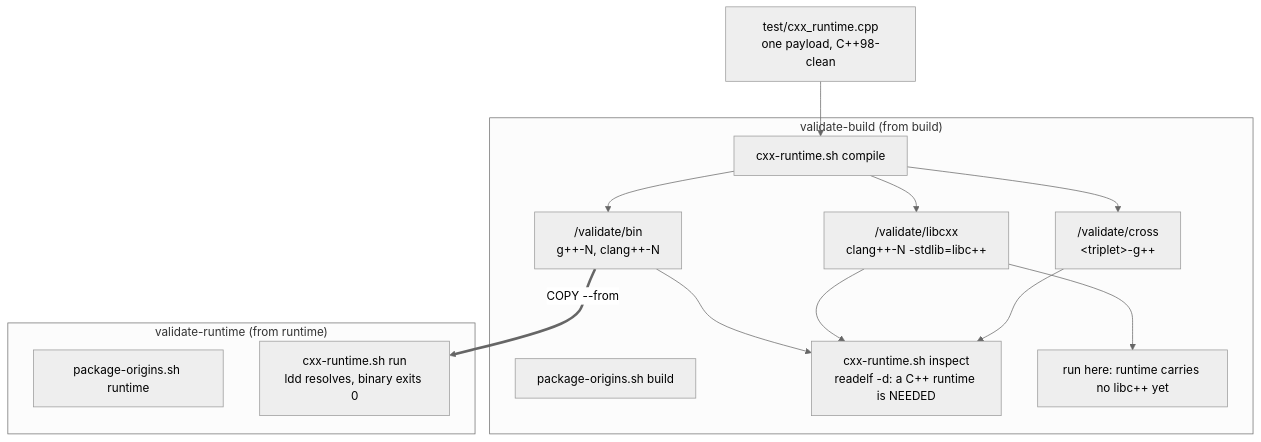
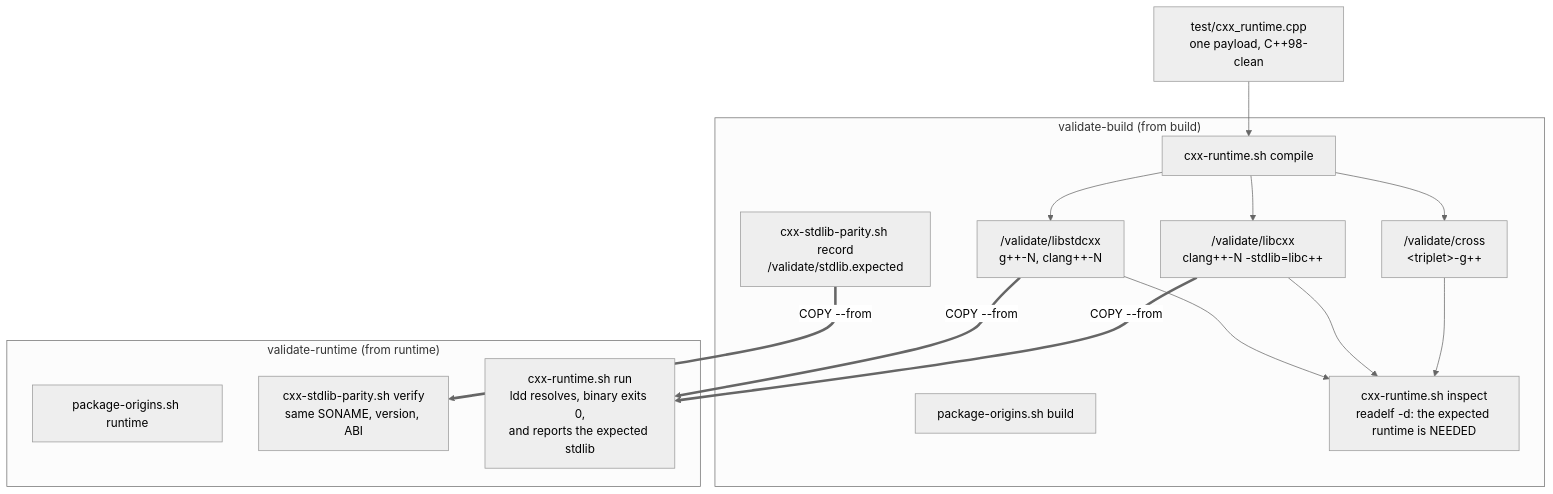
Before and after one commit to GuillaumeDua/cpp-toolchain: the second of 3 diagrams in docs/IMAGES_VALIDATION.md, drawn with Mermaid (neutral theme). The commit also changed other lines of this file and 9 other files, not shown here.

````diff
--- a/docs/IMAGES_VALIDATION.md
+++ b/docs/IMAGES_VALIDATION.md
@@ -101,28 +100,30 @@
 ```mermaid
 flowchart TD
     subgraph vb["validate-build (from build)"]
         origins1["package-origins.sh build"]
         compile["cxx-runtime.sh compile"]
-        bin["/validate/bin<br/>g++-N, clang++-N"]
+        libstdcxx["/validate/libstdcxx<br/>g++-N, clang++-N"]
         libcxx["/validate/libcxx<br/>clang++-N -stdlib=libc++"]
         cross["/validate/cross<br/>&lt;triplet&gt;-g++"]
-        inspect["cxx-runtime.sh inspect<br/>readelf -d: a C++ runtime is NEEDED"]
-        runb["run here: runtime carries no libc++ yet"]
+        inspect["cxx-runtime.sh inspect<br/>readelf -d: the expected runtime is NEEDED"]
+        record["cxx-stdlib-parity.sh record<br/>/validate/stdlib.expected"]
 
-        compile --> bin
+        compile --> libstdcxx
         compile --> libcxx
         compile --> cross
-        bin --> inspect
+        libstdcxx --> inspect
         libcxx --> inspect
         cross --> inspect
-        libcxx --> runb
     end
 
     subgraph vr["validate-runtime (from runtime)"]
         origins2["package-origins.sh runtime"]
-        runr["cxx-runtime.sh run<br/>ldd resolves, binary exits 0"]
+        verify["cxx-stdlib-parity.sh verify<br/>same SONAME, version, ABI"]
+        runr["cxx-runtime.sh run<br/>ldd resolves, binary exits 0,<br/>and reports the expected stdlib"]
     end
 
     src["test/cxx_runtime.cpp<br/>one payload, C++98-clean"] --> compile
-    bin ==>|"COPY --from"| runr
+    libstdcxx ==>|"COPY --from"| runr
+    libcxx ==>|"COPY --from"| runr
+    record ==>|"COPY --from"| verify
 ```
````
